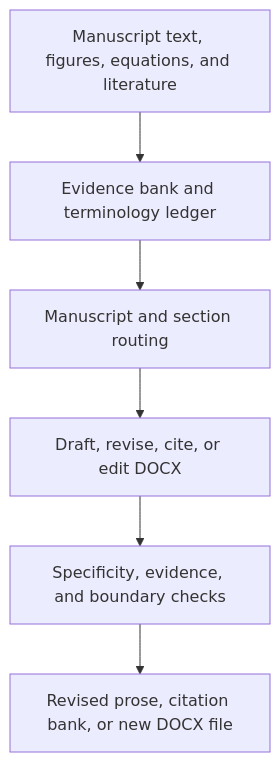
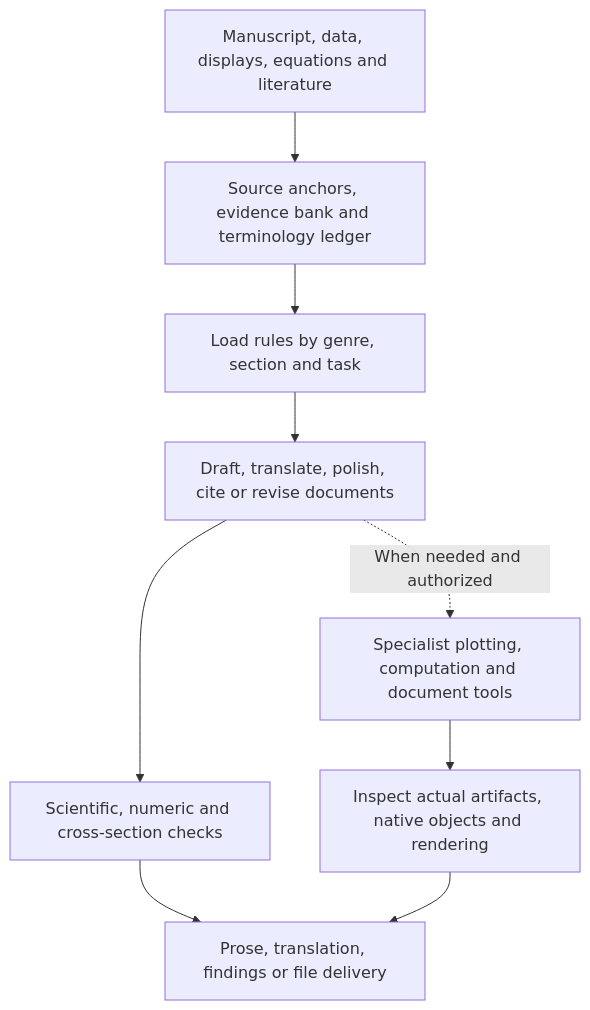
The diagram in README.en.md (JackYStack/civil-engineering-thesis-body-writing-skill), drawn with Mermaid before and after one commit. The commit also changed other lines of this file and 1 other file, not shown here.

````diff
--- a/README.en.md
+++ b/README.en.md
@@ -45,8 +56,11 @@
 ```mermaid
 flowchart TD
-    A[Manuscript text, figures, equations, and literature] --> B[Evidence bank and terminology ledger]
-    B --> C[Manuscript and section routing]
-    C --> D[Draft, revise, cite, or edit DOCX]
-    D --> E[Specificity, evidence, and boundary checks]
-    E --> F[Revised prose, citation bank, or new DOCX file]
+    A[Manuscript, data, displays, equations and literature] --> B[Source anchors, evidence bank and terminology ledger]
+    B --> C[Load rules by genre, section and task]
+    C --> D[Draft, translate, polish, cite or revise documents]
+    D --> E[Scientific, numeric and cross-section checks]
+    E --> F[Prose, translation, findings or file delivery]
+    D -. When needed and authorized .-> G[Specialist plotting, computation and document tools]
+    G --> H[Inspect actual artifacts, native objects and rendering]
+    H --> F
 ```
````
